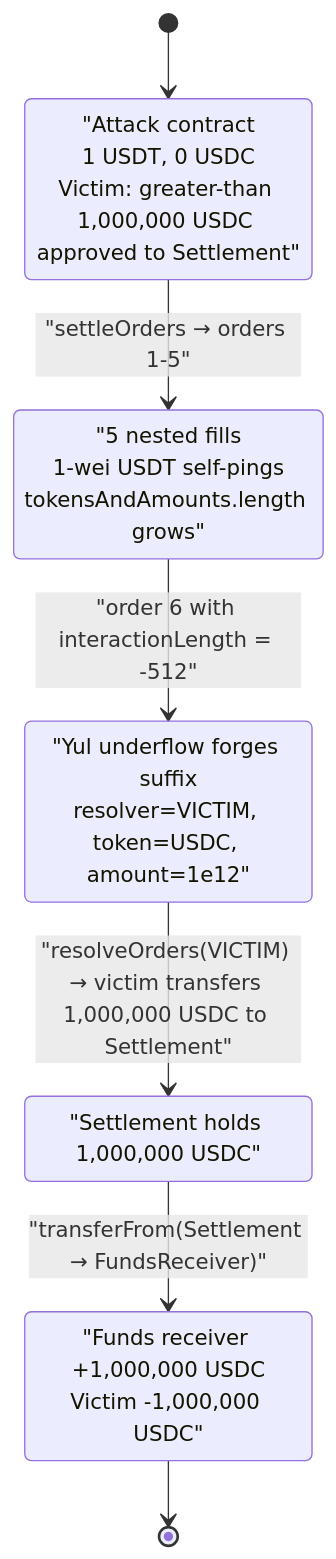
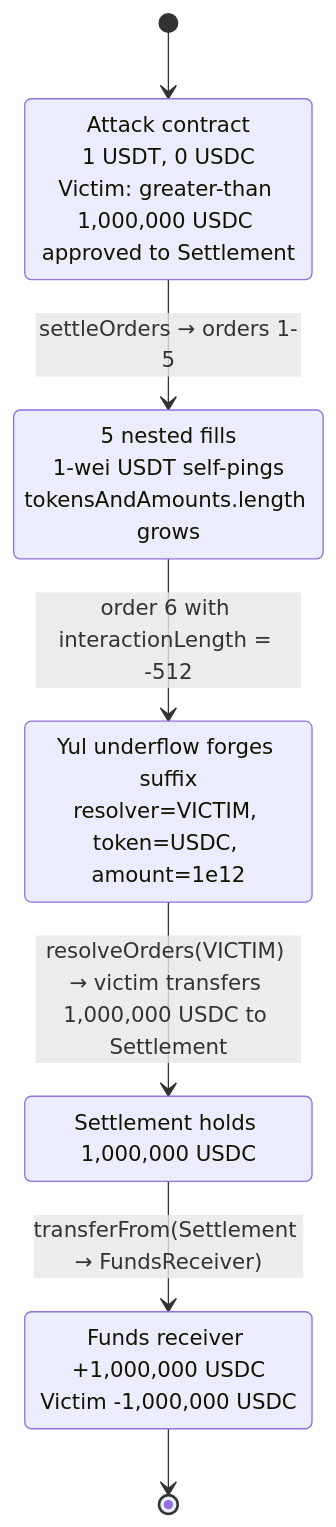
Before and after one commit to sanbir/evm-hack-registry: the third of 3 diagrams in 2025-03-OneInchFusionV1SettlementHack.sol_exp/OneInchFusionV1SettlementHack.sol_exp.md, drawn with Mermaid. The commit also changed 280 other files, not shown here.

Commit message:
mermaid fixes

````diff
--- a/2025-03-OneInchFusionV1SettlementHack.sol_exp/OneInchFusionV1SettlementHack.sol_exp.md
+++ b/2025-03-OneInchFusionV1SettlementHack.sol_exp/OneInchFusionV1SettlementHack.sol_exp.md
@@ -387,14 +387,14 @@
 ```mermaid
 stateDiagram-v2
     [*] --> Seeded
-    Seeded: "Attack contract<br/>1 USDT, 0 USDC<br/>Victim: greater-than 1,000,000 USDC approved to Settlement"
-    Seeded --> PingPong: "settleOrders → orders 1-5"
-    PingPong: "5 nested fills<br/>1-wei USDT self-pings<br/>tokensAndAmounts.length grows"
-    PingPong --> Finalize: "order 6 with interactionLength = -512"
-    Finalize: "Yul underflow forges suffix<br/>resolver=VICTIM, token=USDC, amount=1e12"
-    Finalize --> Drained: "resolveOrders(VICTIM) → victim transfers 1,000,000 USDC to Settlement"
-    Drained: "Settlement holds 1,000,000 USDC"
-    Drained --> Paid: "transferFrom(Settlement → FundsReceiver)"
-    Paid: "Funds receiver +1,000,000 USDC<br/>Victim -1,000,000 USDC"
+    Seeded: Attack contract<br/>1 USDT, 0 USDC<br/>Victim#58; greater-than 1,000,000 USDC approved to Settlement
+    Seeded --> PingPong: settleOrders → orders 1-5
+    PingPong: 5 nested fills<br/>1-wei USDT self-pings<br/>tokensAndAmounts.length grows
+    PingPong --> Finalize: order 6 with interactionLength = -512
+    Finalize: Yul underflow forges suffix<br/>resolver=VICTIM, token=USDC, amount=1e12
+    Finalize --> Drained: resolveOrders(VICTIM) → victim transfers 1,000,000 USDC to Settlement
+    Drained: Settlement holds 1,000,000 USDC
+    Drained --> Paid: transferFrom(Settlement → FundsReceiver)
+    Paid: Funds receiver +1,000,000 USDC<br/>Victim -1,000,000 USDC
     Paid --> [*]
 ```
````
